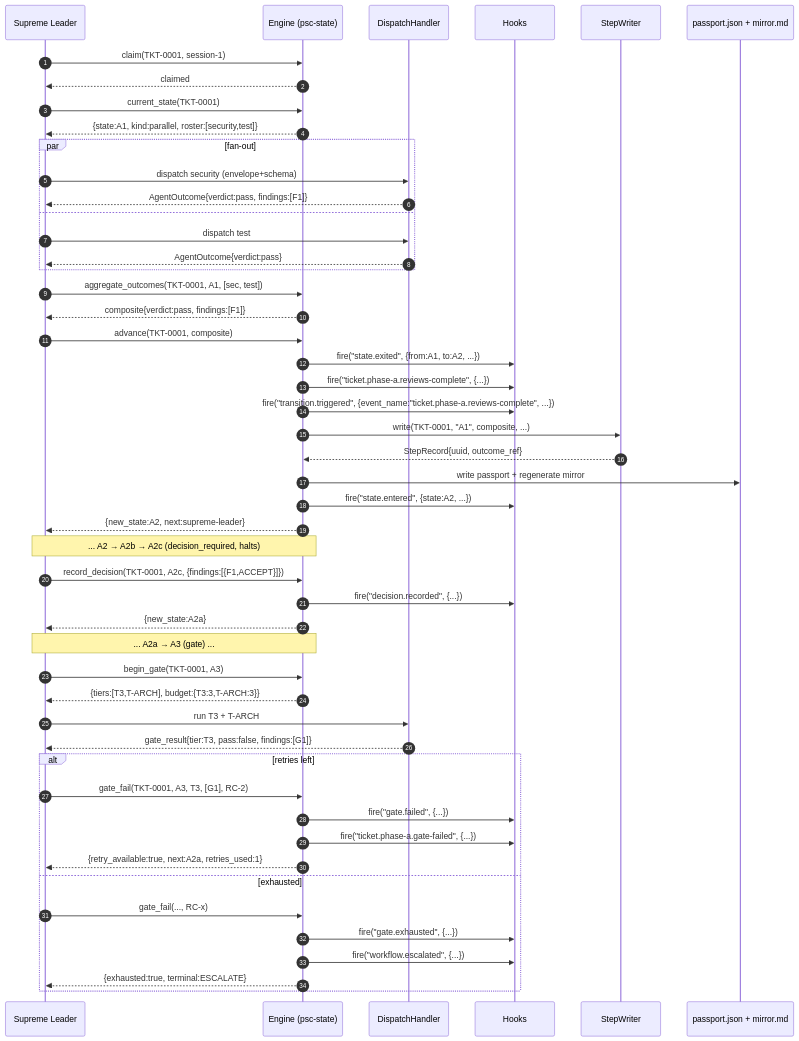
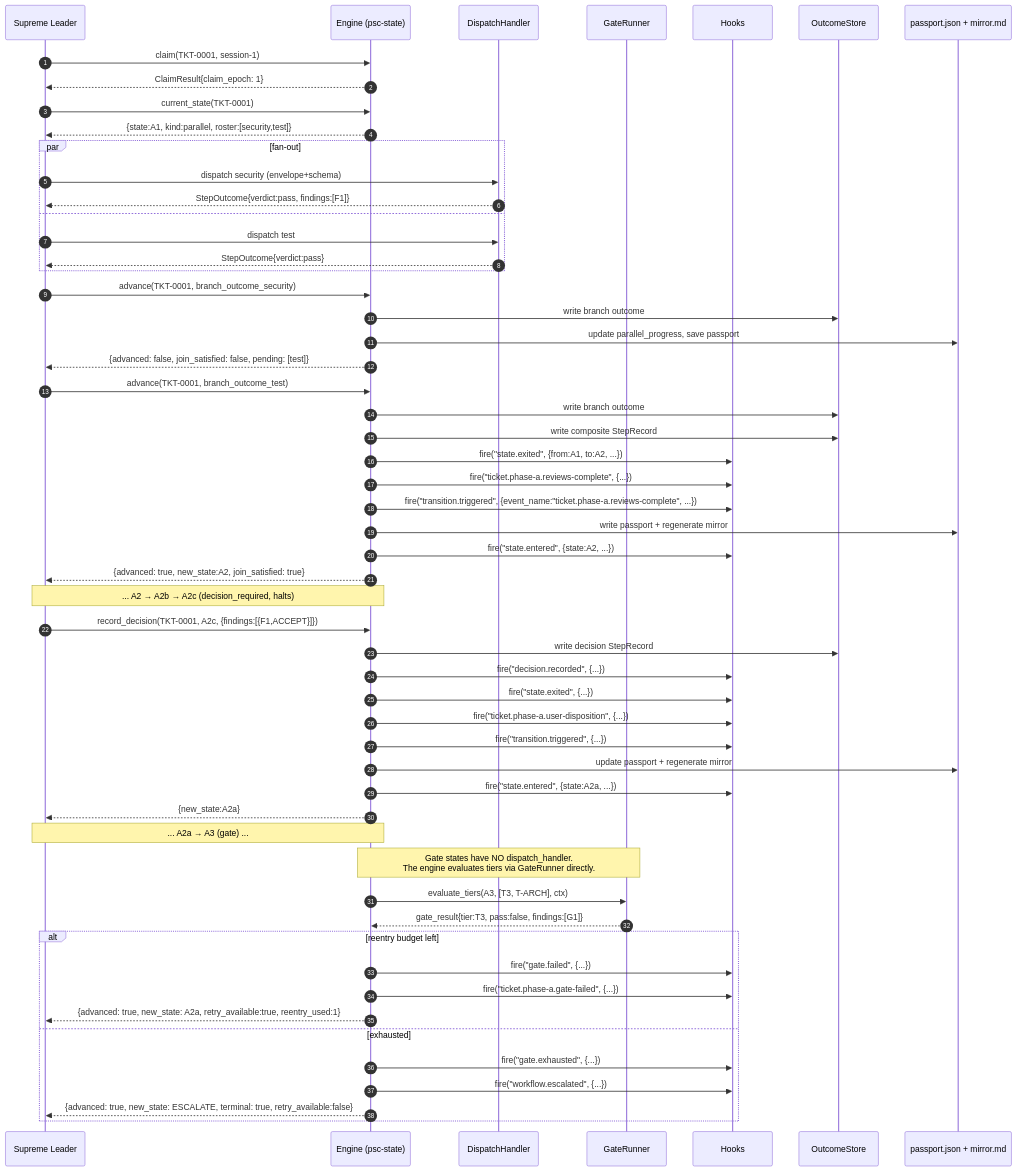
The fifth of 5 diagrams in docs/design/workflow-design/04-low-level-design.md (jeanboutros/psc), drawn with Mermaid before and after one commit. The commit also changed other lines of this file and 11 other files, not shown here.

````diff
--- a/docs/design/workflow-design/04-low-level-design.md
+++ b/docs/design/workflow-design/04-low-level-design.md
@@ -98,58 +451,65 @@
 ```mermaid
 sequenceDiagram
     autonumber
     participant SL as Supreme Leader
     participant ENG as Engine (psc-state)
     participant DH as DispatchHandler
+    participant GR as GateRunner
     participant H as Hooks
-    participant SW as StepWriter
+    participant OS as OutcomeStore
     participant F as passport.json + mirror.md
 
     SL->>ENG: claim(TKT-0001, session-1)
-    ENG-->>SL: claimed
+    ENG-->>SL: ClaimResult{claim_epoch: 1}
     SL->>ENG: current_state(TKT-0001)
     ENG-->>SL: {state:A1, kind:parallel, roster:[security,test]}
 
     par fan-out
         SL->>DH: dispatch security (envelope+schema)
-        DH-->>SL: AgentOutcome{verdict:pass, findings:[F1]}
+        DH-->>SL: StepOutcome{verdict:pass, findings:[F1]}
     and
         SL->>DH: dispatch test
-        DH-->>SL: AgentOutcome{verdict:pass}
+        DH-->>SL: StepOutcome{verdict:pass}
     end
 
-    SL->>ENG: aggregate_outcomes(TKT-0001, A1, [sec, test])
-    ENG-->>SL: composite{verdict:pass, findings:[F1]}
-    SL->>ENG: advance(TKT-0001, composite)
+    SL->>ENG: advance(TKT-0001, branch_outcome_security)
+    ENG->>OS: write branch outcome
+    ENG->>F: update parallel_progress, save passport
+    ENG-->>SL: {advanced: false, join_satisfied: false, pending: [test]}
+
+    SL->>ENG: advance(TKT-0001, branch_outcome_test)
+    ENG->>OS: write branch outcome
+    ENG->>OS: write composite StepRecord
     ENG->>H: fire("state.exited", {from:A1, to:A2, ...})
     ENG->>H: fire("ticket.phase-a.reviews-complete", {...})
     ENG->>H: fire("transition.triggered", {event_name:"ticket.phase-a.reviews-complete", ...})
-    ENG->>SW: write(TKT-0001, "A1", composite, ...)
-    SW-->>ENG: StepRecord{uuid, outcome_ref}
     ENG->>F: write passport + regenerate mirror
     ENG->>H: fire("state.entered", {state:A2, ...})
-    ENG-->>SL: {new_state:A2, next:supreme-leader}
+    ENG-->>SL: {advanced: true, new_state:A2, join_satisfied: true}
 
     Note over SL,ENG: ... A2 → A2b → A2c (decision_required, halts)
     SL->>ENG: record_decision(TKT-0001, A2c, {findings:[{F1,ACCEPT}]})
+    ENG->>OS: write decision StepRecord
     ENG->>H: fire("decision.recorded", {...})
+    ENG->>H: fire("state.exited", {...})
+    ENG->>H: fire("ticket.phase-a.user-disposition", {...})
+    ENG->>H: fire("transition.triggered", {...})
+    ENG->>F: update passport + regenerate mirror
+    ENG->>H: fire("state.entered", {state:A2a, ...})
     ENG-->>SL: {new_state:A2a}
 
     Note over SL,ENG: ... A2a → A3 (gate) ...
-    SL->>ENG: begin_gate(TKT-0001, A3)
-    ENG-->>SL: {tiers:[T3,T-ARCH], budget:{T3:3,T-ARCH:3}}
-    SL->>DH: run T3 + T-ARCH
-    DH-->>SL: gate_result{tier:T3, pass:false, findings:[G1]}
+    Note over ENG,GR: Gate states have NO dispatch_handler.<br/>The engine evaluates tiers via GateRunner directly.
+    ENG->>GR: evaluate_tiers(A3, [T3, T-ARCH], ctx)
+    GR-->>ENG: gate_result{tier:T3, pass:false, findings:[G1]}
 
-    alt retries left
-        SL->>ENG: gate_fail(TKT-0001, A3, T3, [G1], RC-2)
+    alt reentry budget left
         ENG->>H: fire("gate.failed", {...})
         ENG->>H: fire("ticket.phase-a.gate-failed", {...})
-        ENG-->>SL: {retry_available:true, next:A2a, retries_used:1}
+        ENG-->>SL: {advanced: true, new_state: A2a, retry_available:true, reentry_used:1}
     else exhausted
-        SL->>ENG: gate_fail(..., RC-x)
         ENG->>H: fire("gate.exhausted", {...})
         ENG->>H: fire("workflow.escalated", {...})
-        ENG-->>SL: {exhausted:true, terminal:ESCALATE}
+        ENG-->>SL: {advanced: true, new_state: ESCALATE, terminal: true, retry_available:false}
     end
 ```
````
